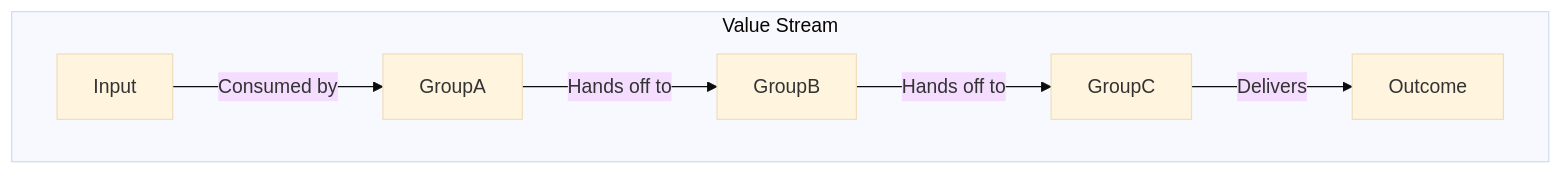
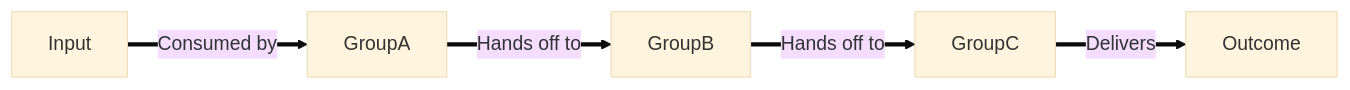
The diagram in value_creation/chain_of_responsibility/README.md (benwheeler/org-patterns), drawn with Mermaid (base theme) before and after one commit.

Commit message:
Updated Chain of Responsibility diagram to be simpler

````diff
--- a/value_creation/chain_of_responsibility/README.md
+++ b/value_creation/chain_of_responsibility/README.md
@@ -5,9 +5,6 @@
 ```mermaid
-flowchart TD
-    subgraph valueStream [Value Stream]
-        direction LR
-        Input -->|Consumed by| GroupA
-        GroupA -->|Hands off to| GroupB -->|Hands off to| GroupC
-        GroupC -->|Delivers| Outcome
-    end
+flowchart LR
+    Input ==>|Consumed by| GroupA
+    GroupA ==>|Hands off to| GroupB ==>|Hands off to| GroupC
+    GroupC ==>|Delivers| Outcome
 ```
````
